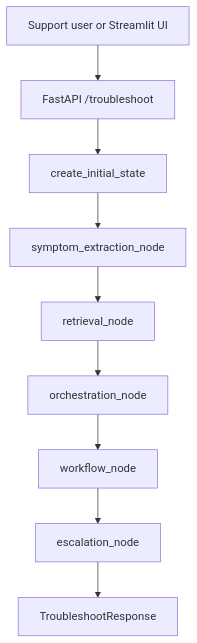
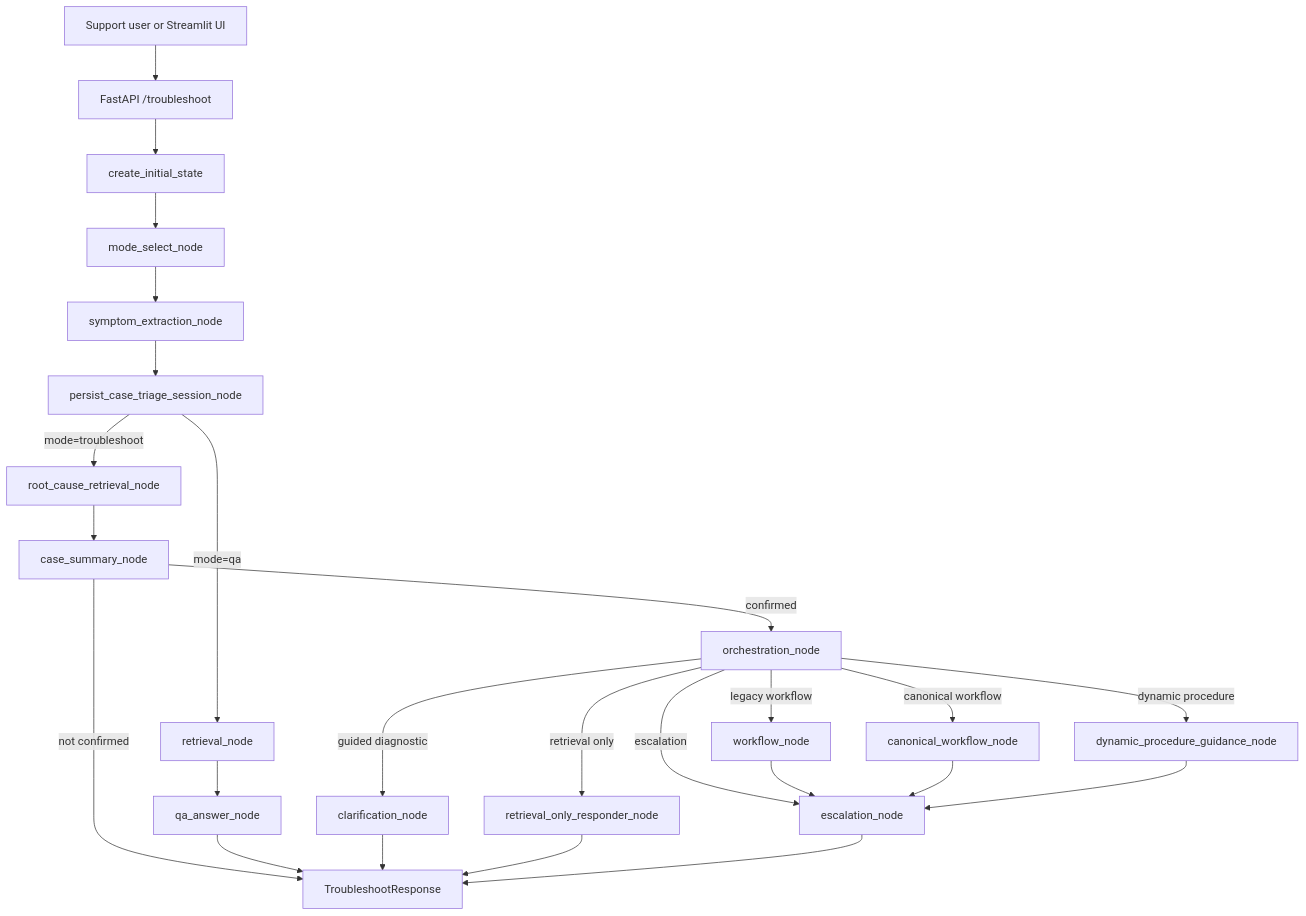
One commit to caiyawulf21/optisweepAI-phase0 changed the first of 2 diagrams in README.md. Above: the diagram before and after it, drawn with Mermaid. The commit also changed other lines of this file and 7 other files, not shown here.

````diff
--- a/README.md
+++ b/README.md
@@ -250,11 +600,27 @@
 ```mermaid
 flowchart TD
   User[Support user or Streamlit UI] --> API[FastAPI /troubleshoot]
   API --> Init[create_initial_state]
-  Init --> Extract[symptom_extraction_node]
-  Extract --> Retrieve[retrieval_node]
-  Retrieve --> Route[orchestration_node]
-  Route --> Workflow[workflow_node]
-  Workflow --> Escalate[escalation_node]
-  Escalate --> Response[TroubleshootResponse]
+  Init --> Mode[mode_select_node]
+  Mode --> Extract[symptom_extraction_node]
+  Extract --> Persist[persist_case_triage_session_node]
+  Persist -->|mode=qa| Retrieve[retrieval_node]
+  Retrieve --> QA[qa_answer_node]
+  Persist -->|mode=troubleshoot| RootCause[root_cause_retrieval_node]
+  RootCause --> Summary[case_summary_node]
+  Summary -->|confirmed| Route[orchestration_node]
+  Summary -->|not confirmed| Response[TroubleshootResponse]
+  Route -->|legacy workflow| Workflow[workflow_node]
+  Route -->|canonical workflow| CWF[canonical_workflow_node]
+  Route -->|guided diagnostic| Clarify[clarification_node]
+  Route -->|dynamic procedure| DPG[dynamic_procedure_guidance_node]
+  Route -->|retrieval only| RO[retrieval_only_responder_node]
+  Route -->|escalation| Escalate[escalation_node]
+  Workflow --> Escalate
+  CWF --> Escalate
+  DPG --> Escalate
+  QA --> Response
+  Clarify --> Response
+  RO --> Response
+  Escalate --> Response
 ```
````
